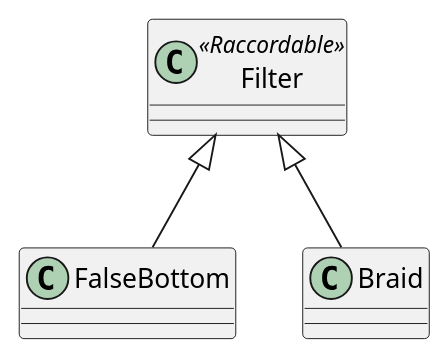
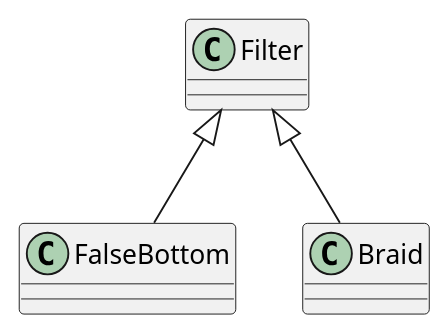
Before and after one commit to beerfactory/brewbox-uml: the diagram in src/class/include/filter.iuml, drawn with PlantUML. The commit also changed 9 other files, not shown here.

```diff
--- a/src/class/include/filter.iuml
+++ b/src/class/include/filter.iuml
@@ -1,14 +1,14 @@
-class Filter <<Raccordable>> {
+class Filter {
 	
 }
 
 class FalseBottom {
 	
 }
 
 class Braid {
 	
 }
 
 Filter <|-- Braid
 Filter <|-- FalseBottom
```
